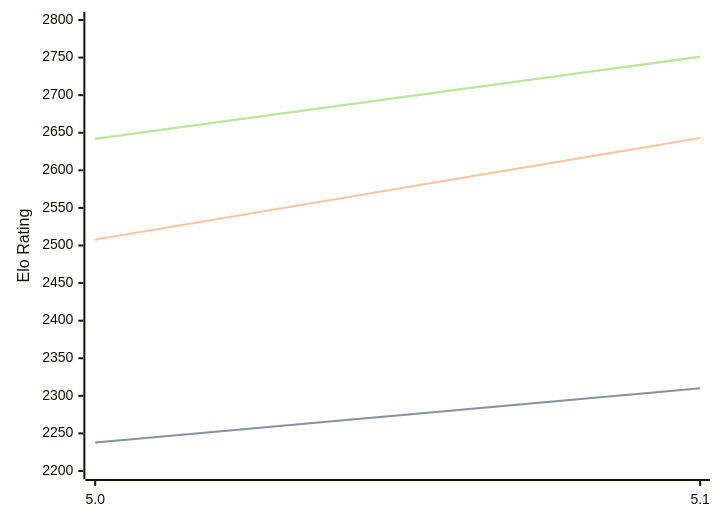
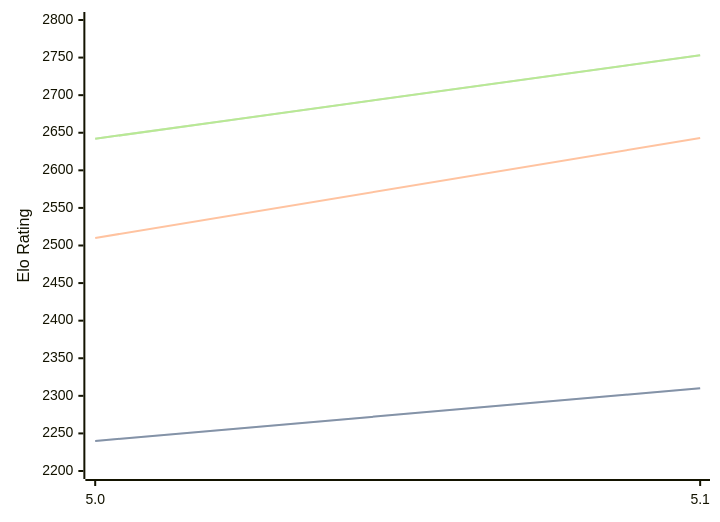
Before and after one commit to computer-chess-index/cci: the diagram in engines/Dorky.md, drawn with Mermaid. The commit also changed other lines of this file, not shown here.

Commit message:
Update CCI Ratings (ELO VLTC) - 2026-09-14

````diff
--- a/engines/Dorky.md
+++ b/engines/Dorky.md
@@ -32,11 +32,11 @@
 ```mermaid
 %%{init: {"theme":"base","themeVariables":{"seriesColors:['#a3a3a3','#222221','#faa371']}}}%%
 xychart-beta
   x-axis ["5.0", "5.1"]
   y-axis "Elo Rating" 2200 --> 2800
-  line "" [2238, 2310]
-  line "STC (8.0+0.08s)" [2238, 2310]
-  line "LTC (60.0+0.60s)" [2508, 2643]
-  line "" [2642, 2751]
-  line "VLTC (2m24s+1.12s)" [2642, 2751]
+  line "" [2240, 2310]
+  line "STC (8.0+0.08s)" [2240, 2310]
+  line "LTC (60.0+0.60s)" [2510, 2643]
+  line "" [2642, 2753]
+  line "VLTC (2m24s+1.12s)" [2642, 2753]
 ```
````
